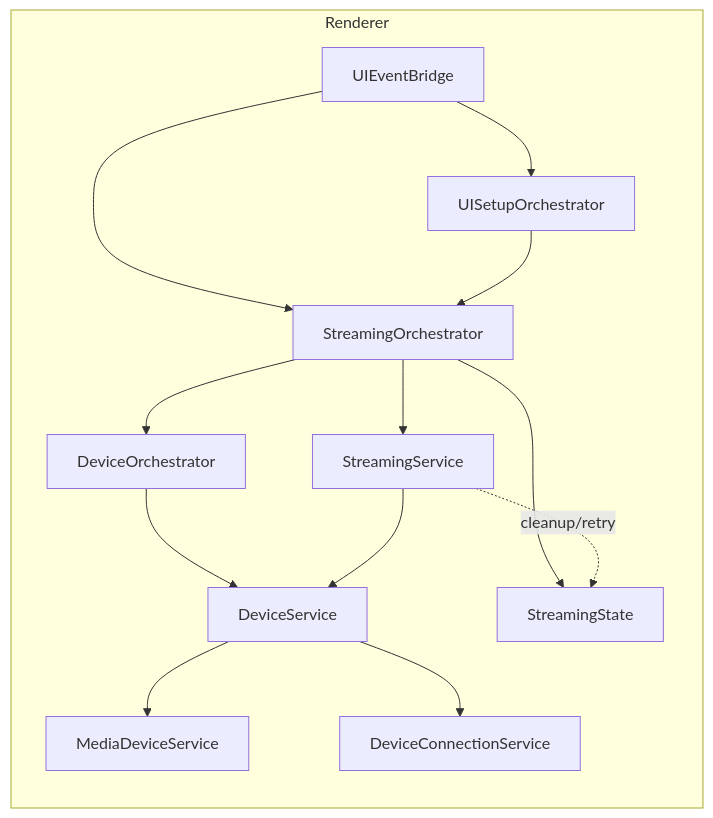
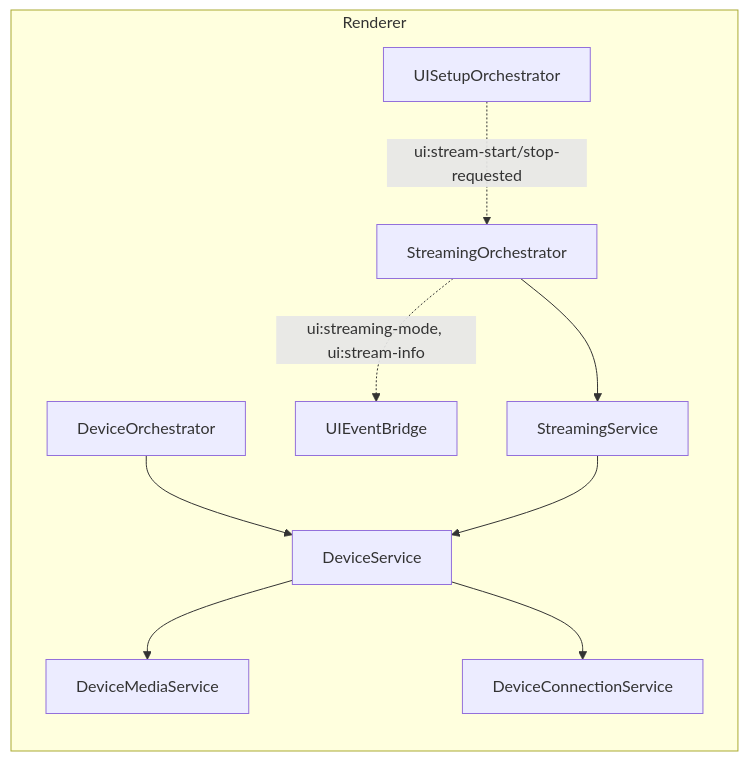
The second of 8 diagrams in docs/architecture-diagrams.md (josstei/prismgb-app), drawn with Mermaid before and after one commit. The commit also changed other lines of this file and 50 other files, not shown here.

````diff
--- a/docs/architecture-diagrams.md
+++ b/docs/architecture-diagrams.md
@@ -37,27 +37,21 @@
 ```mermaid
 flowchart LR
   subgraph RENDERER[Renderer]
-    UIEventBridge[UIEventBridge]
     UISetupOrchestrator[UISetupOrchestrator]
     StreamingOrchestrator[StreamingOrchestrator]
     StreamingService[StreamingService]
     DeviceOrchestrator[DeviceOrchestrator]
     DeviceService[DeviceService]
-    MediaDeviceService[MediaDeviceService]
+    DeviceMediaService[DeviceMediaService]
     DeviceConnectionService[DeviceConnectionService]
-    StreamingState[StreamingState]
+    UIEventBridge[UIEventBridge]
   end
 
-  UIEventBridge --> UISetupOrchestrator
-  UIEventBridge --> StreamingOrchestrator
-  UISetupOrchestrator --> StreamingOrchestrator
+  UISetupOrchestrator -. "ui:stream-start/stop-requested" .-> StreamingOrchestrator
   StreamingOrchestrator --> StreamingService
-  StreamingOrchestrator --> DeviceOrchestrator
+  StreamingOrchestrator -. "ui:streaming-mode, ui:stream-info" .-> UIEventBridge
   DeviceOrchestrator --> DeviceService
-  StreamingOrchestrator --> StreamingState
   StreamingService --> DeviceService
-  DeviceService --> MediaDeviceService
+  DeviceService --> DeviceMediaService
   DeviceService --> DeviceConnectionService
-
-  StreamingService -. cleanup/retry .-> StreamingState
 ```
````
